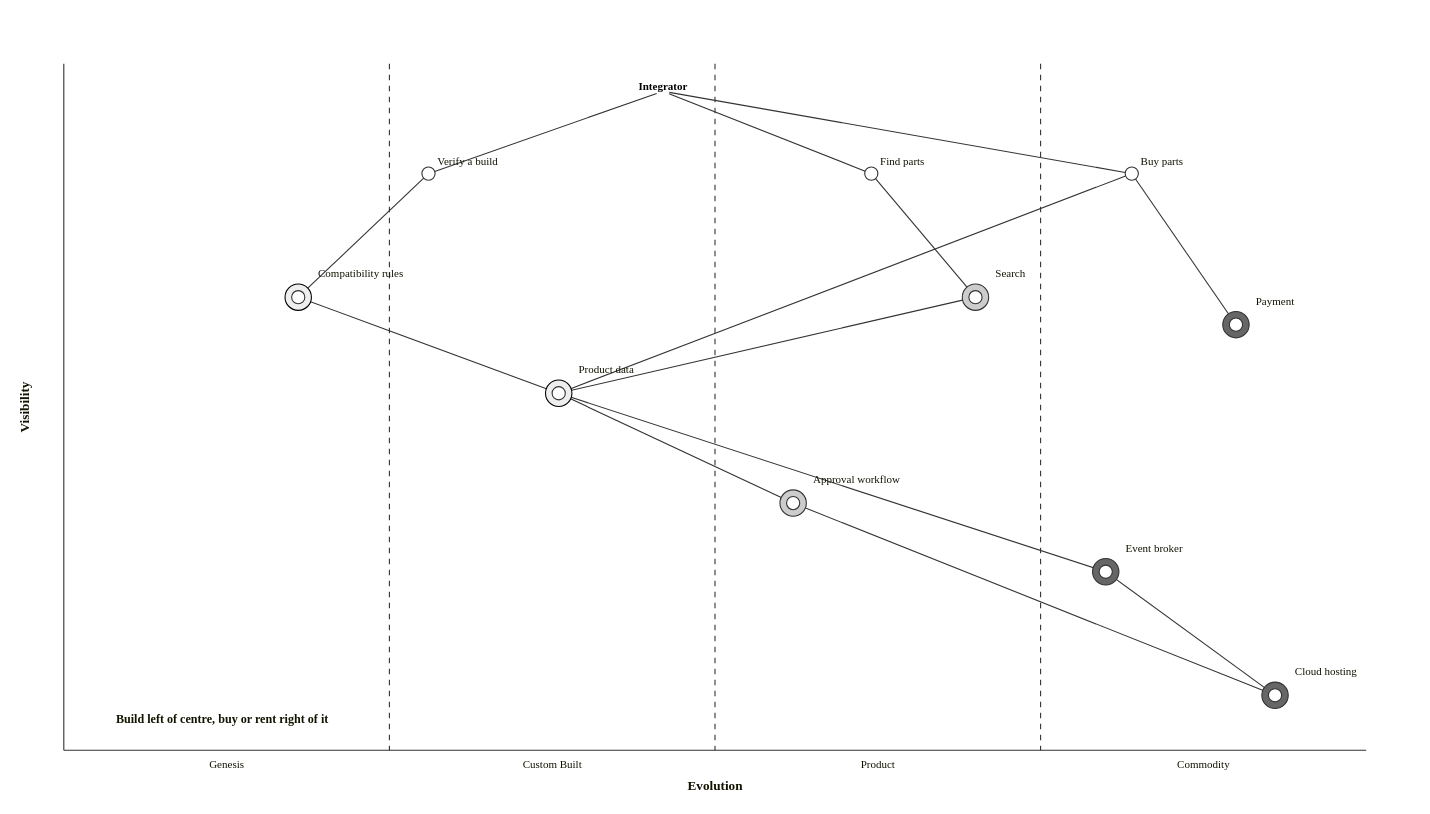
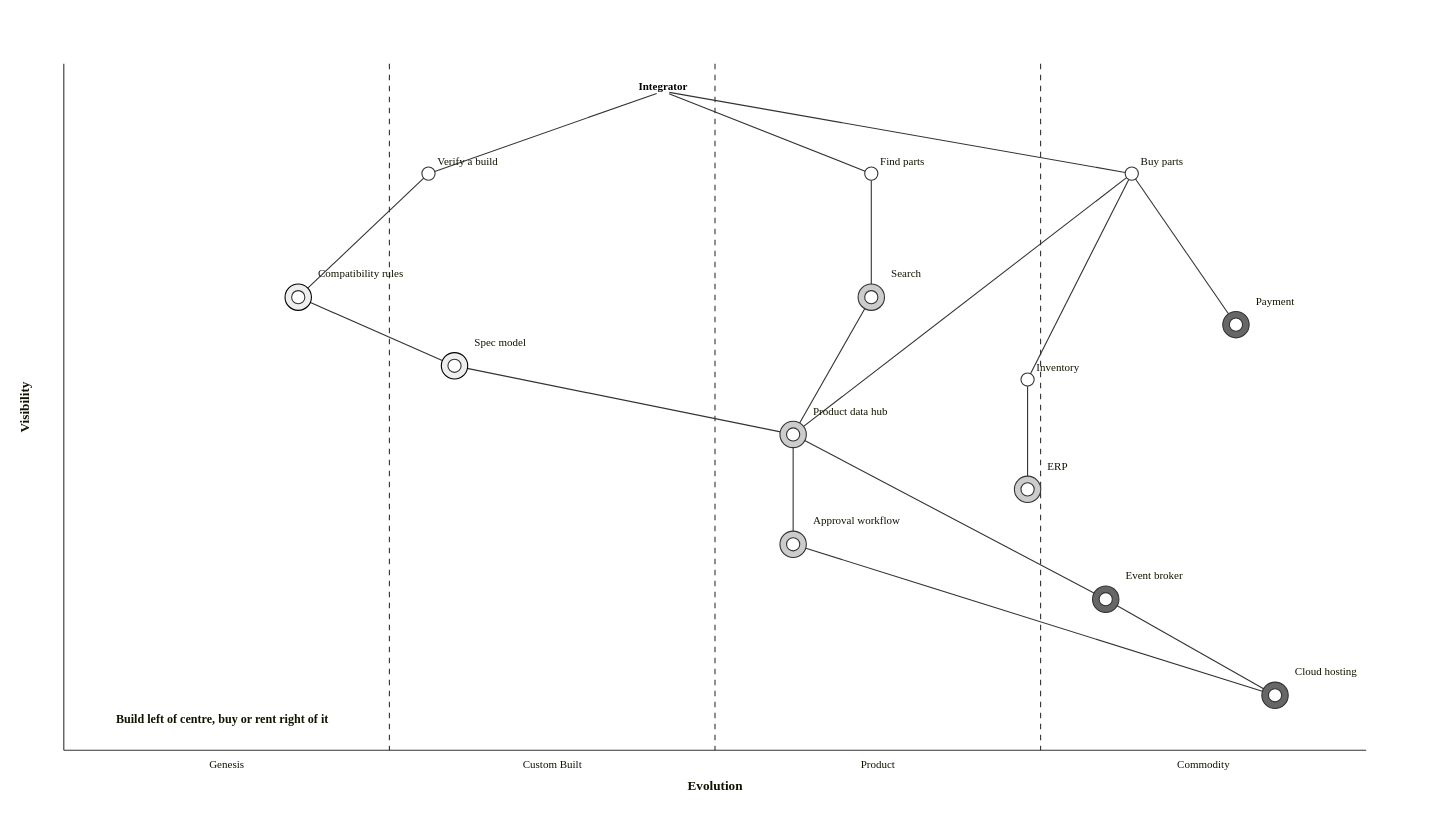
Before and after one commit to cjjohansen/drone-web: the diagram in design/strategy/engineering-strategy/drone-web-build-buy.mmd, drawn with Mermaid. The commit also changed 1 other file, not shown here.

Commit message:
Build/buy map: split product data, add Inventory and the ERP
"Product data" (build) becomes the spec model (build) and the product
data hub (buy, or build thin), per D-037 and strategy P1. Inventory is
added as a thin build that depends on the ERP, the bought system of
record for stock counts.

Claude-Session: https://claude.ai/code/session_01GbHJmxp4AR2s8vk4MLEusy

```diff
--- a/design/strategy/engineering-strategy/drone-web-build-buy.mmd
+++ b/design/strategy/engineering-strategy/drone-web-build-buy.mmd
@@ -1,43 +1,60 @@
 wardley-beta
 size [1280, 720]
 
 anchor "Integrator" [0.96, 0.46]
 component "Verify a build" [0.84, 0.28]
 component "Find parts" [0.84, 0.62]
 component "Buy parts" [0.84, 0.82]
 component "Compatibility rules" [0.66, 0.18] (build)
-component "Search" [0.66, 0.70] (buy)
-component "Product data" [0.52, 0.38] (build)
+component "Search" [0.66, 0.62] (buy)
+component "Spec model" [0.56, 0.30] (build)
+component "Product data hub" [0.46, 0.56] (buy)
+component "Inventory" [0.54, 0.74]
+component "ERP" [0.38, 0.74] (buy)
 component "Payment" [0.62, 0.90] (outsource)
-component "Approval workflow" [0.36, 0.56] (buy)
-component "Event broker" [0.26, 0.80] (outsource)
+component "Approval workflow" [0.30, 0.56] (buy)
+component "Event broker" [0.22, 0.80] (outsource)
 component "Cloud hosting" [0.08, 0.93] (outsource)
 
 "Integrator" -> "Verify a build"
 "Integrator" -> "Find parts"
 "Integrator" -> "Buy parts"
 "Verify a build" -> "Compatibility rules"
 "Find parts" -> "Search"
 "Buy parts" -> "Payment"
-"Buy parts" -> "Product data"
-"Compatibility rules" -> "Product data"
-"Search" -> "Product data"
-"Product data" -> "Approval workflow"
-"Product data" -> "Event broker"
+"Buy parts" -> "Product data hub"
+"Buy parts" -> "Inventory"
+"Compatibility rules" -> "Spec model"
+"Search" -> "Product data hub"
+"Spec model" -> "Product data hub"
+"Inventory" -> "ERP"
+"Product data hub" -> "Approval workflow"
+"Product data hub" -> "Event broker"
 "Approval workflow" -> "Cloud hosting"
 "Event broker" -> "Cloud hosting"
 
 %% Drone Web (fictional shop): build vs buy, after Will Larson's use of Wardley maps in
 %% Crafting Engineering Strategy (lethain.com/wardley-mapping). Strategy marks:
 %% (build) = build in house (Core), (buy) = buy a product, (outsource) = rent a service.
 %% Compatibility rules depend on product specs. Rule changes are also approved
 %% (SubmitRuleChangeForApproval in boundary-map.md); that link is left out to keep
 %% the map readable: the build/buy point does not depend on it.
 %% Payment is rented as a service: the provider runs it, so the map stops there.
 %% leaf "Payment"
-%% Product data: Product Lifecycle Management, the one source of truth, publishes events.
+%% Product Lifecycle Management, the one source of truth for product data, is Supporting with a
+%% Core spec model (D-037 in .ralph/agent/decisions.md). So it shows as two components:
+%% Spec model: the specs the compatibility rules read (voltage, current, mounting, protocol).
+%% It is the shop's own, so it is built (P1, P7). Its stream, product-specifications, is the
+%% Core contract.
+%% Product data hub: product records, lifecycle states and replacement links. Every shop has
+%% them, so buy a product information system behind an ACL, or build the hub thin (P1).
+%% The spec model needs the hub: specs describe a product that the hub identifies.
+%% Inventory: built thin (P1), so it has no build or buy mark. Stock counts come from the ERP
+%% (P1, diagnosis point 7). The ERP is the system of record the business already uses; it is
+%% bought, not designed here, so the map stops there.
+%% leaf "ERP"
 %% Approval workflow: Catalog Governance Workflow, the one boundary typed Generic.
 note "Build left of centre, buy or rent right of it" [0.04, 0.04]
-%% label-side "Cloud hosting" left
-%% label-side "Product data" left
+%% label-side "Cloud hosting" below
+%% label-side "Product data hub" right
 %% label-side "Approval workflow" left
```
